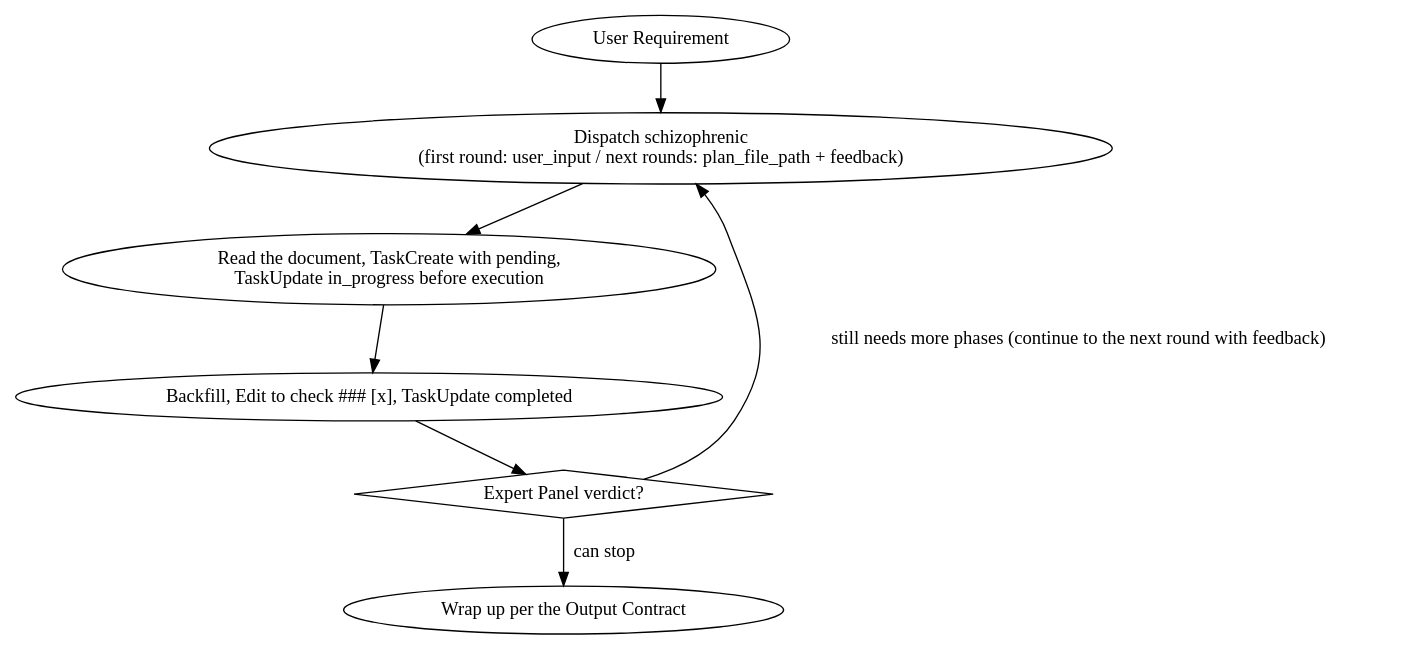
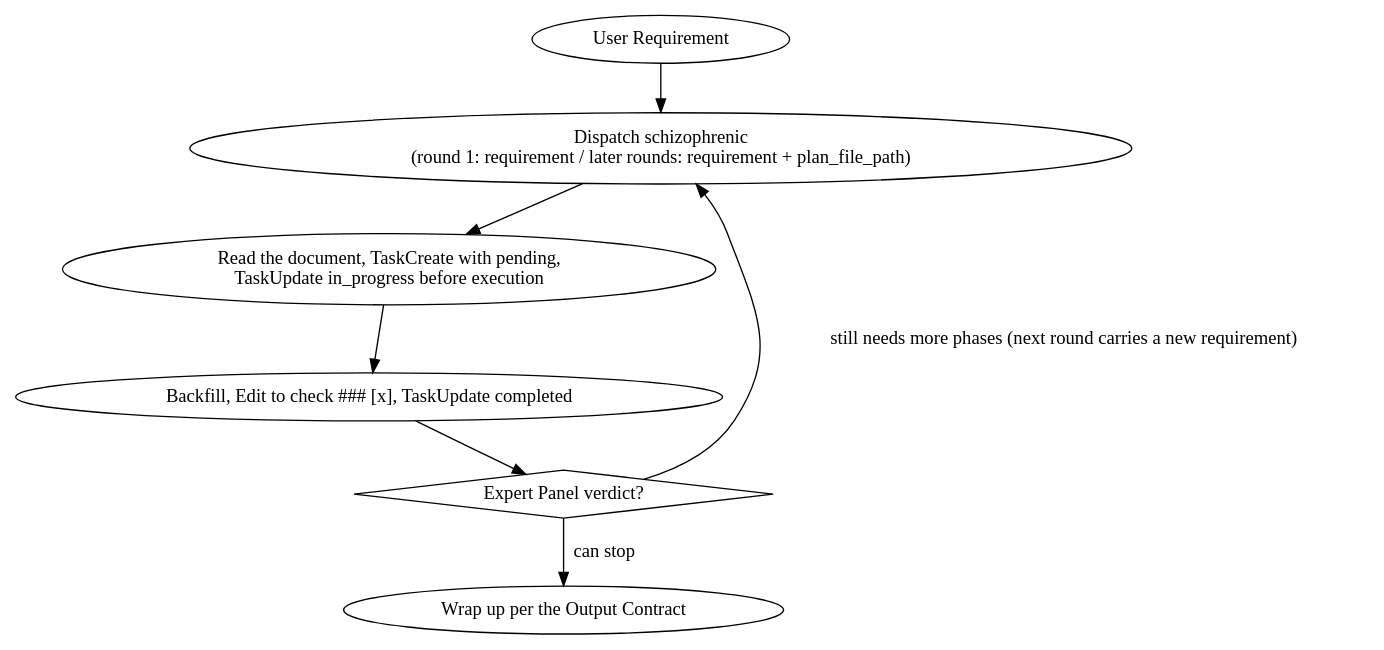
One commit to zhaoyshine/looppower changed the diagram in skills/dynamic-loop/SKILL.md. Above: the diagram before and after it, drawn with Graphviz. The commit also changed other lines of this file and 1 other file, not shown here.

First line of the commit message:
refactor: unify schizophrenic agent input params

````diff
--- a/skills/dynamic-loop/SKILL.md
+++ b/skills/dynamic-loop/SKILL.md
@@ -81,14 +80,14 @@
 ```dot
 digraph {
   rankdir=TB;
   in [label="User Requirement"];
-  plan [label="Dispatch schizophrenic\n(first round: user_input / next rounds: plan_file_path + feedback)"];
+  plan [label="Dispatch schizophrenic\n(round 1: requirement / later rounds: requirement + plan_file_path)"];
   exec [label="Read the document, TaskCreate with pending,\nTaskUpdate in_progress before execution"];
   fill [label="Backfill, Edit to check ### [x], TaskUpdate completed"];
   cont [label="Expert Panel verdict?", shape=diamond];
   done [label="Wrap up per the Output Contract"];
   in -> plan -> exec -> fill -> cont;
-  cont -> plan [label="still needs more phases (continue to the next round with feedback)"];
+  cont -> plan [label="still needs more phases (next round carries a new requirement)"];
   cont -> done [label="can stop"];
 }
 ```
````
